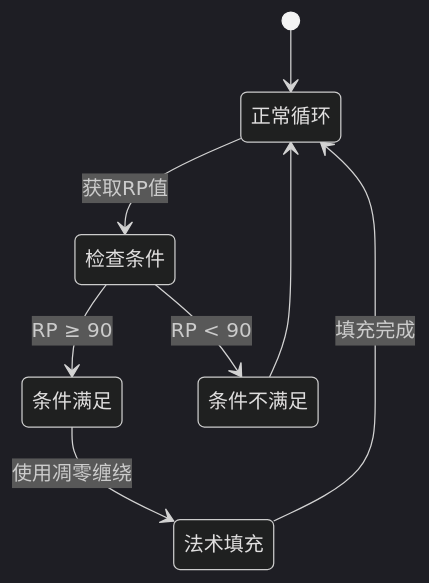
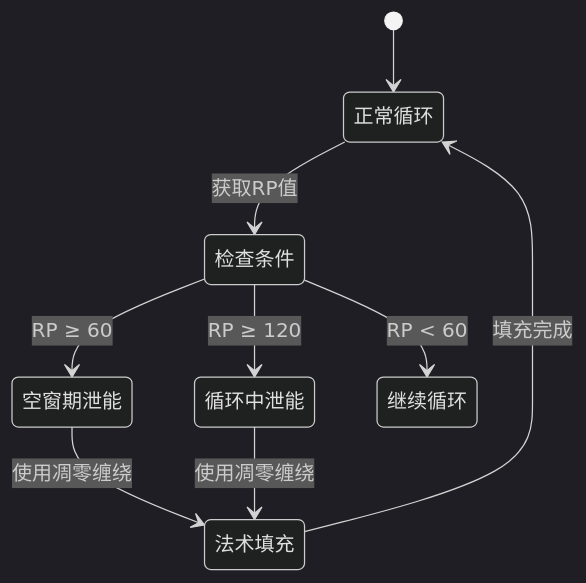
The sixth of 12 diagrams in .qoder/repowiki/zh/content/服务器适配说明.md (q89277718/WOW-For-MRF), drawn with Mermaid (dark theme) before and after one commit. The commit also changed other lines of this file and 61 other files, not shown here.

````diff
--- a/.qoder/repowiki/zh/content/服务器适配说明.md
+++ b/.qoder/repowiki/zh/content/服务器适配说明.md
@@ -201,10 +231,11 @@
 ```mermaid
 stateDiagram-v2
 [*] --> 正常循环
 正常循环 --> 检查条件 : 获取RP值
-检查条件 --> 条件满足 : RP ≥ 90
-检查条件 --> 条件不满足 : RP < 90
-条件满足 --> 法术填充 : 使用凋零缠绕
-条件不满足 --> 正常循环
+检查条件 --> 空窗期泄能 : RP ≥ 60
+检查条件 --> 循环中泄能 : RP ≥ 120
+检查条件 --> 继续循环 : RP < 60
+空窗期泄能 --> 法术填充 : 使用凋零缠绕
+循环中泄能 --> 法术填充 : 使用凋零缠绕
 法术填充 --> 正常循环 : 填充完成
 ```
````
